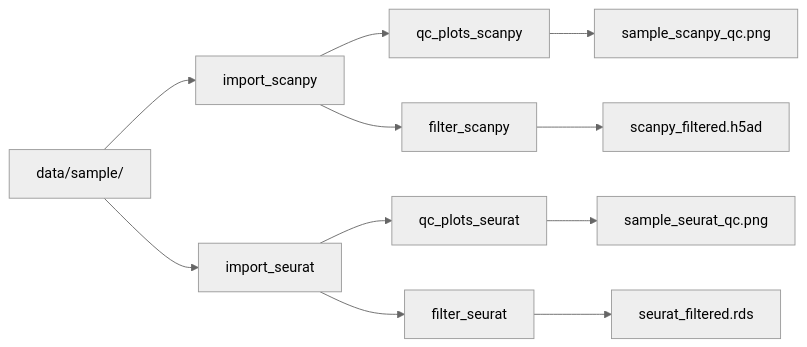
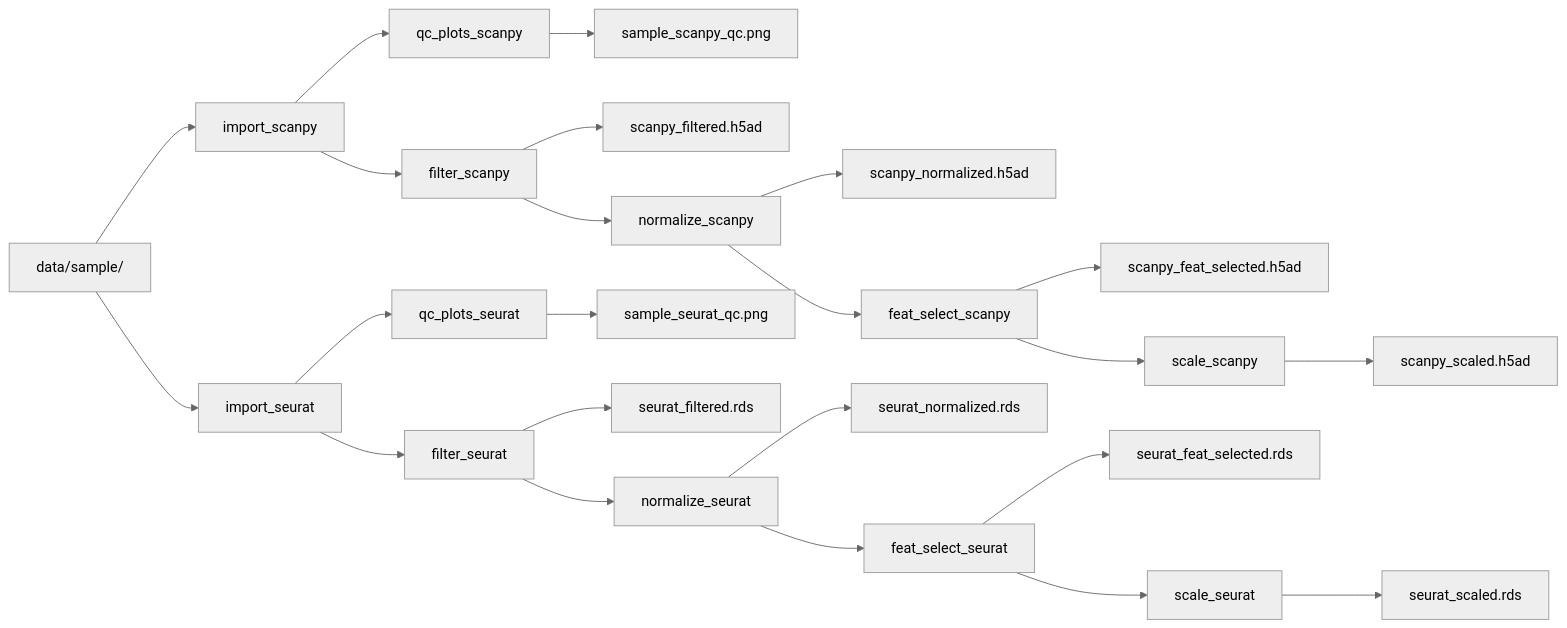
Before and after one commit to salzcamino/sm-scrnaseq: the diagram in README.md, drawn with Mermaid (neutral theme).

Commit message:
update DAG chart

````diff
--- a/README.md
+++ b/README.md
@@ -7,16 +7,34 @@
 ```mermaid
 graph LR
     A[data/sample/] --> B[import_scanpy]
     A --> C[import_seurat]
 
     B --> D[qc_plots_scanpy]
     B --> E[filter_scanpy]
 
     C --> F[qc_plots_seurat]
     C --> G[filter_seurat]
 
     D --> H[sample_scanpy_qc.png]
     E --> I[scanpy_filtered.h5ad]
     F --> J[sample_seurat_qc.png]
     G --> K[seurat_filtered.rds]
+
+    E --> L[normalize_scanpy]
+    G --> M[normalize_seurat]
+
+    L --> N[scanpy_normalized.h5ad]
+    M --> O[seurat_normalized.rds]
+
+    L --> P[feat_select_scanpy]
+    M --> Q[feat_select_seurat]
+
+    P --> R[scanpy_feat_selected.h5ad]
+    Q --> S[seurat_feat_selected.rds]
+
+    P --> T[scale_scanpy]
+    Q --> U[scale_seurat]
+
+    T --> V[scanpy_scaled.h5ad]
+    U --> W[seurat_scaled.rds]
 ```
````
